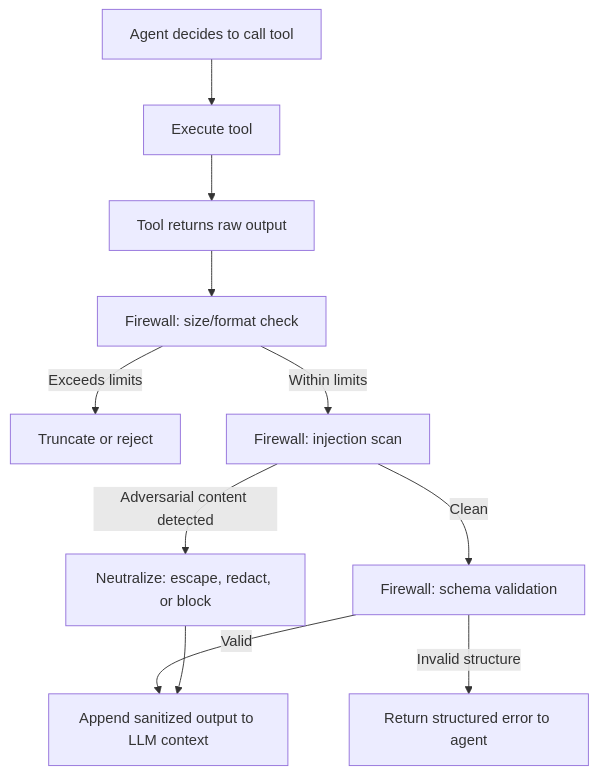
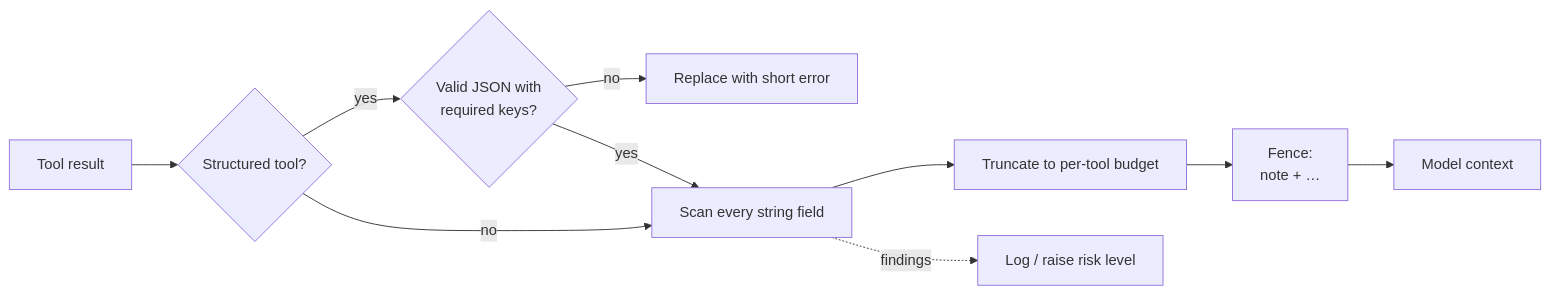
The diagram in content/patterns/security-and-trust/tool-output-firewall.md (PrajwalAmte/AI-Engineering-Patterns), drawn with Mermaid before and after one commit. The commit also changed other lines of this file and 190 other files, not shown here.

```diff
--- a/content/patterns/security-and-trust/tool-output-firewall.md
+++ b/content/patterns/security-and-trust/tool-output-firewall.md
@@ -37,13 +38,12 @@
 <pre class="mermaid">
-flowchart TD
-    A["Agent decides to call tool"] --> B["Execute tool"]
-    B --> C["Tool returns raw output"]
-    C --> D["Firewall: size/format check"]
-    D -->|"Exceeds limits"| E["Truncate or reject"]
-    D -->|"Within limits"| F["Firewall: injection scan"]
-    F -->|"Adversarial content detected"| G["Neutralize: escape, redact, or block"]
-    F -->|"Clean"| H["Firewall: schema validation"]
-    H -->|"Invalid structure"| I["Return structured error to agent"]
-    H -->|"Valid"| J["Append sanitized output to LLM context"]
-    G --> J
+flowchart LR
+    T["Tool result"] --> S{"Structured tool?"}
+    S -->|"yes"| V{"Valid JSON with<br/>required keys?"}
+    V -->|"no"| E["Replace with short error"]
+    V -->|"yes"| F["Scan every string field"]
+    S -->|"no"| F
+    F --> Z["Truncate to per-tool budget"]
+    Z --> W["Fence:<br/>note + &lt;tool_output id=NONCE&gt; … &lt;/tool_output id=NONCE&gt;"]
+    W --> M["Model context"]
+    F -.->|"findings"| L["Log / raise risk level"]
 </pre>
```
